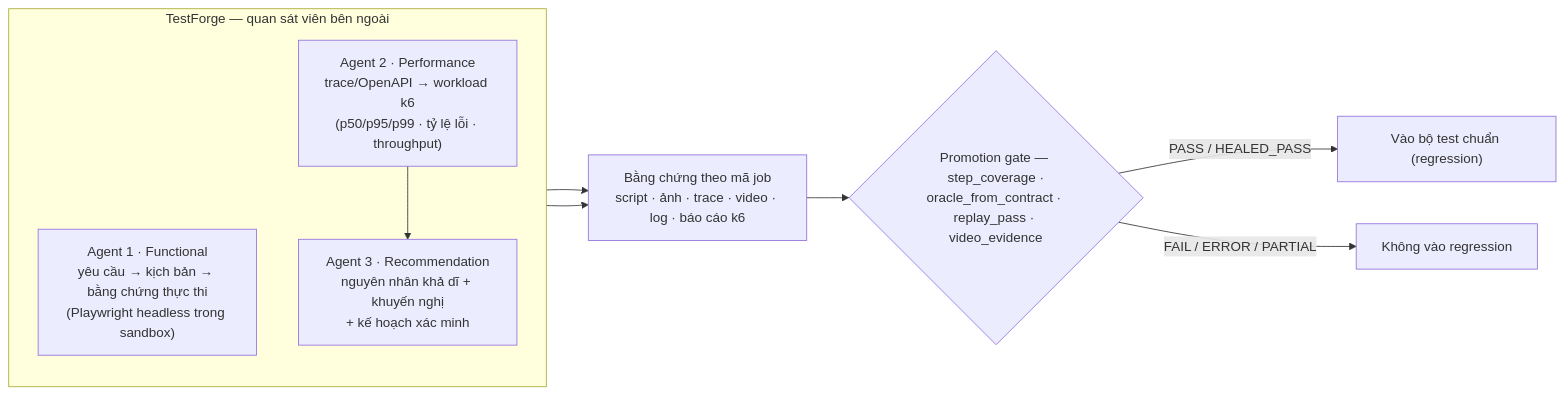
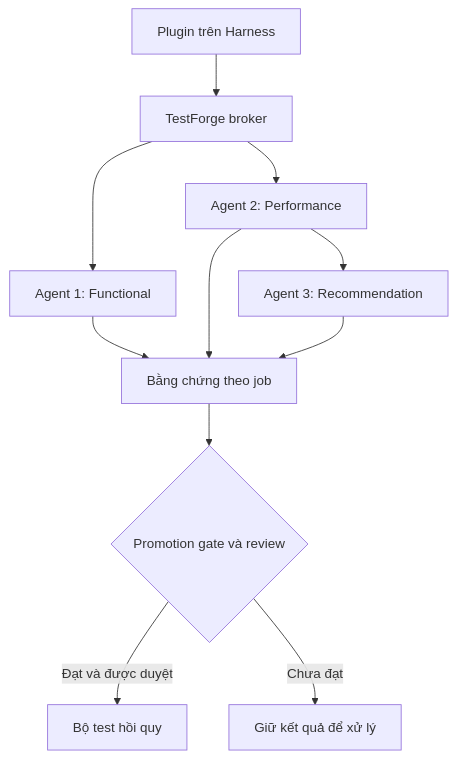
Before and after one commit to aspiringcoder6/vanguard-factory: the diagram in docs/02-architecture/tang-3-harness/testforge-test-agent.mdx, drawn with Mermaid. The commit also changed other lines of this file and 17 other files, not shown here.

Commit message:
Add harness documents and instructions, combining TestForge

````diff
--- a/docs/02-architecture/tang-3-harness/testforge-test-agent.mdx
+++ b/docs/02-architecture/tang-3-harness/testforge-test-agent.mdx
@@ -9,15 +9,13 @@
 ```mermaid
-flowchart LR
-    subgraph TF["TestForge — quan sát viên bên ngoài"]
-        direction TB
-        A1["Agent 1 · Functional<br/>yêu cầu → kịch bản → bằng chứng thực thi<br/>(Playwright headless trong sandbox)"]
-        A2["Agent 2 · Performance<br/>trace/OpenAPI → workload k6<br/>(p50/p95/p99 · tỷ lệ lỗi · throughput)"]
-        A3["Agent 3 · Recommendation<br/>nguyên nhân khả dĩ + khuyến nghị<br/>+ kế hoạch xác minh"]
-    end
-    A1 --> E["Bằng chứng theo mã job<br/>script · ảnh · trace · video · log · báo cáo k6"]
+flowchart TB
+    P["Plugin trên Harness"] --> B["TestForge broker"]
+    B --> A1["Agent 1: Functional"]
+    B --> A2["Agent 2: Performance"]
+    A2 --> A3["Agent 3: Recommendation"]
+    A1 --> E["Bằng chứng theo job"]
     A2 --> E
-    A2 --> A3
-    E --> G{"Promotion gate — step_coverage ·<br/>oracle_from_contract · replay_pass · video_evidence"}
-    G -->|"PASS / HEALED_PASS"| R["Vào bộ test chuẩn (regression)"]
-    G -->|"FAIL / ERROR / PARTIAL"| X["Không vào regression"]
+    A3 --> E
+    E --> G{"Promotion gate và review"}
+    G -->|"Đạt và được duyệt"| R["Bộ test hồi quy"]
+    G -->|"Chưa đạt"| X["Giữ kết quả để xử lý"]
 ```
````
